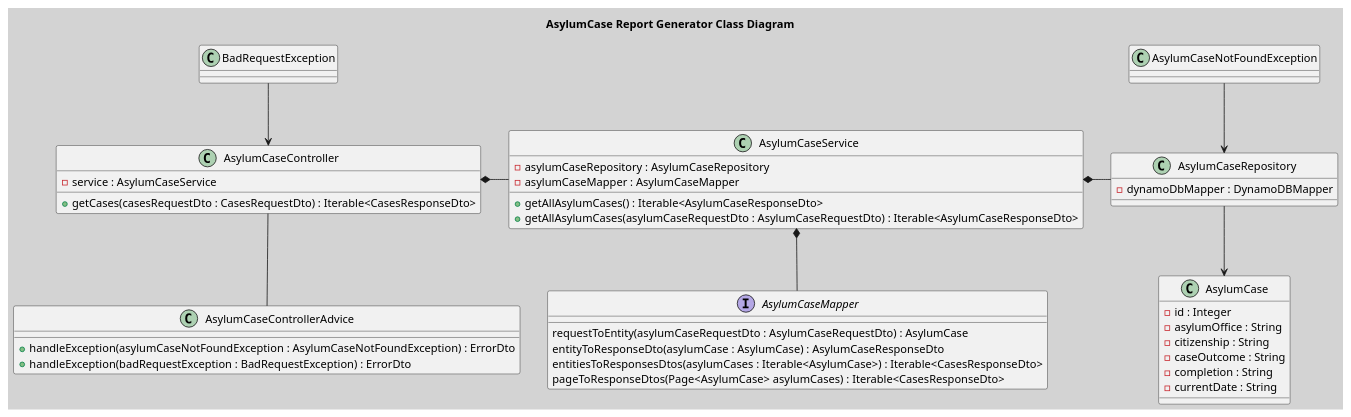
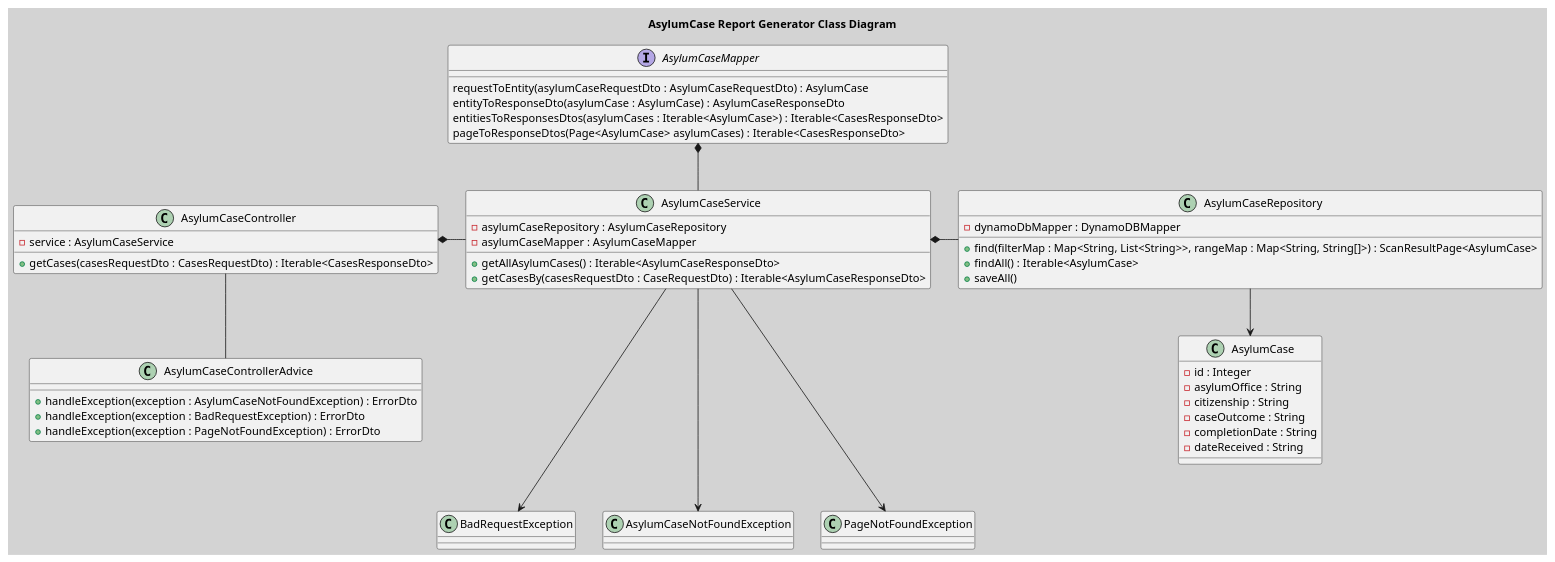
One commit to BloomTech-Labs/asylum-rg-be-a changed the diagram in documentation/diagrams/RELEASE_1.5_CD.puml. Above: the diagram before and after it, drawn with PlantUML. The commit also changed 10 other files, not shown here.

```diff
--- a/documentation/diagrams/RELEASE_1.5_CD.puml
+++ b/documentation/diagrams/RELEASE_1.5_CD.puml
@@ -1,62 +1,67 @@
 @startuml
 title AsylumCase Report Generator Class Diagram
 skinparam backgroundcolor lightgrey
 
 'End point mappings
 class AsylumCaseController {
     - service : AsylumCaseService
     + getCases(casesRequestDto : CasesRequestDto) : Iterable<CasesResponseDto>
 }
 
 class AsylumCaseControllerAdvice {
-    + handleException(asylumCaseNotFoundException : AsylumCaseNotFoundException) : ErrorDto
-    + handleException(badRequestException : BadRequestException) : ErrorDto
+    + handleException(exception : AsylumCaseNotFoundException) : ErrorDto
+    + handleException(exception : BadRequestException) : ErrorDto
+    + handleException(exception : PageNotFoundException) : ErrorDto
 }
 
 'Add cache config Annotations in service
 class AsylumCaseService {
     - asylumCaseRepository : AsylumCaseRepository
     - asylumCaseMapper : AsylumCaseMapper
     + getAllAsylumCases() : Iterable<AsylumCaseResponseDto>
-    + getAllAsylumCases(asylumCaseRequestDto : AsylumCaseRequestDto) : Iterable<AsylumCaseResponseDto>
+    + getCasesBy(casesRequestDto : CaseRequestDto) : Iterable<AsylumCaseResponseDto>
 }
 
 'repo for DynamoDB calls
 class AsylumCaseRepository {
     - dynamoDbMapper : DynamoDBMapper
+    + find(filterMap : Map<String, List<String>>, rangeMap : Map<String, String[]>) : ScanResultPage<AsylumCase>
+    + findAll() : Iterable<AsylumCase>
+    + saveAll()
 }
 
 'Entity for data model
 class AsylumCase {
     - id : Integer
     - asylumOffice : String
     - citizenship : String
     - caseOutcome : String
-    - completion : String
-    - currentDate : String
+    - completionDate : String
+    - dateReceived : String
 }
 
 ' Part of the  MapStruct dependency
 interface AsylumCaseMapper {
     requestToEntity(asylumCaseRequestDto : AsylumCaseRequestDto) : AsylumCase
     entityToResponseDto(asylumCase : AsylumCase) : AsylumCaseResponseDto
     entitiesToResponsesDtos(asylumCases : Iterable<AsylumCase>) : Iterable<CasesResponseDto>
     pageToResponseDtos(Page<AsylumCase> asylumCases) : Iterable<CasesResponseDto>
 }
 
-BadRequestException --> AsylumCaseController
-AsylumCaseNotFoundException --> AsylumCaseRepository
+AsylumCaseService ---> BadRequestException
+AsylumCaseService ---> AsylumCaseNotFoundException
+AsylumCaseService ---> PageNotFoundException
 
 AsylumCaseController *- AsylumCaseService
 AsylumCaseController -- AsylumCaseControllerAdvice
 
 AsylumCaseService *- AsylumCaseRepository
-AsylumCaseService *-- AsylumCaseMapper
+AsylumCaseMapper *-- AsylumCaseService
 
 AsylumCaseRepository --> AsylumCase
 
 'Extension
 'Association <|-- (owner <|-- pet) Implements
 'Composition *-- (pet *-- leg) Instantiation (part of)
 'Aggregation (car o-- wheel) Extends (has a)
 @enduml
```
